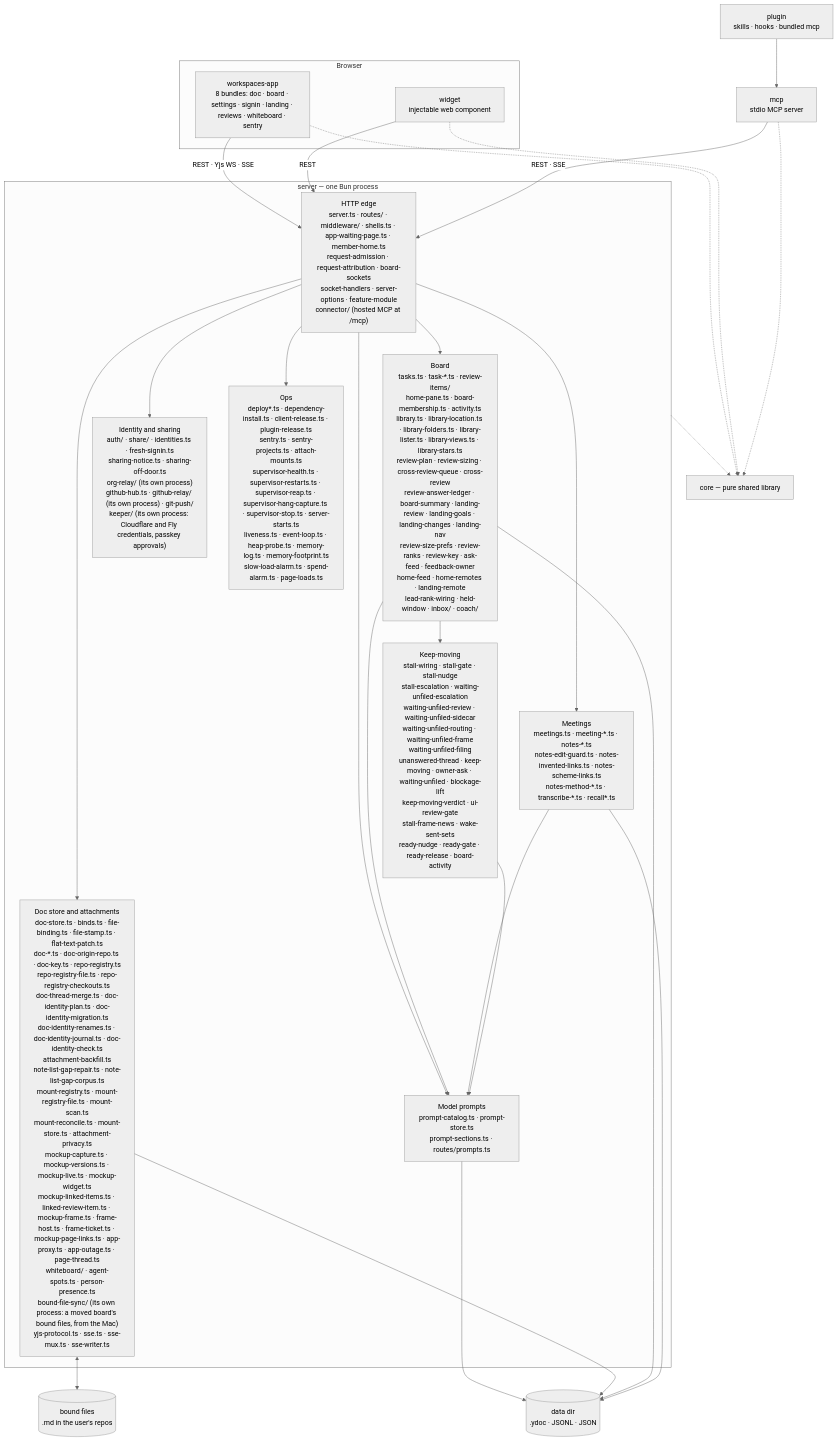
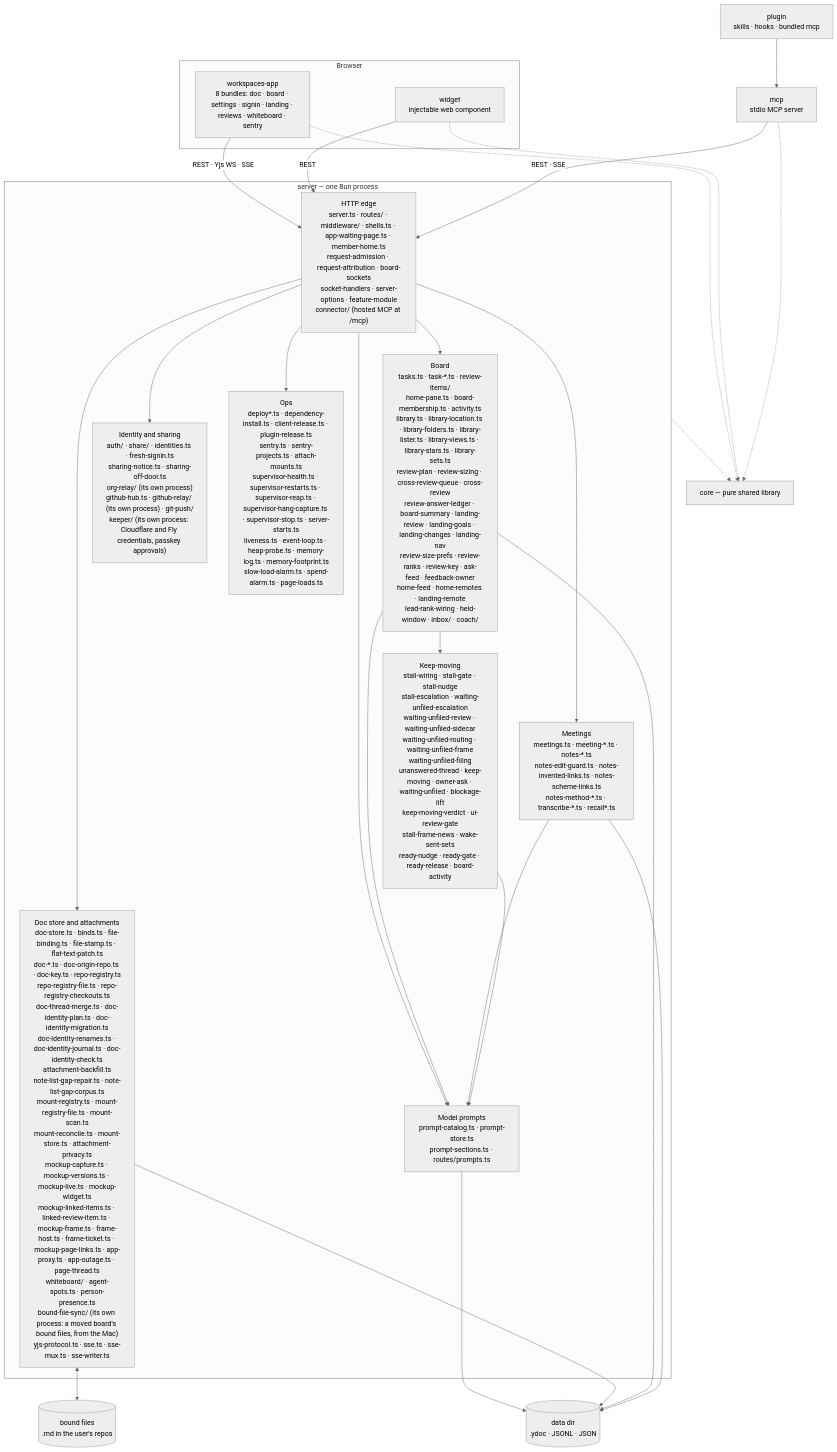
Before and after one commit to fryanpan/claude-workspaces-plugin: the first of 2 diagrams in docs/architecture/overview.md, drawn with Mermaid (neutral theme). The commit also changed other lines of this file and 16 other files, not shown here.

````diff
--- a/docs/architecture/overview.md
+++ b/docs/architecture/overview.md
@@ -45,35 +45,35 @@
 ```mermaid
 flowchart TB
   subgraph browser[Browser]
     app["workspaces-app<br/>8 bundles: doc · board · settings · signin · landing · reviews · whiteboard · sentry"]
     wid["widget<br/>injectable web component"]
   end
   plug["plugin<br/>skills · hooks · bundled mcp"]
   mcp["mcp<br/>stdio MCP server"]
   subgraph srv["server — one Bun process"]
     edge["HTTP edge<br/>server.ts · routes/ · middleware/ · shells.ts · app-waiting-page.ts · member-home.ts<br/>request-admission · request-attribution · board-sockets<br/>socket-handlers · server-options · feature-module<br/>connector/ (hosted MCP at /mcp)"]
     docs["Doc store and attachments<br/>doc-store.ts · binds.ts · file-binding.ts · file-stamp.ts · flat-text-patch.ts<br/>doc-*.ts · doc-origin-repo.ts · doc-key.ts · repo-registry.ts<br/>repo-registry-file.ts · repo-registry-checkouts.ts<br/>doc-thread-merge.ts · doc-identity-plan.ts · doc-identity-migration.ts<br/>doc-identity-renames.ts · doc-identity-journal.ts · doc-identity-check.ts<br/>attachment-backfill.ts<br/>note-list-gap-repair.ts · note-list-gap-corpus.ts<br/>mount-registry.ts · mount-registry-file.ts · mount-scan.ts<br/>mount-reconcile.ts · mount-store.ts · attachment-privacy.ts<br/>mockup-capture.ts · mockup-versions.ts · mockup-live.ts · mockup-widget.ts<br/>mockup-linked-items.ts · linked-review-item.ts · mockup-frame.ts · frame-host.ts · frame-ticket.ts · mockup-page-links.ts · app-proxy.ts · app-outage.ts · page-thread.ts<br/>whiteboard/ · agent-spots.ts · person-presence.ts<br/>bound-file-sync/ (its own process: a moved board's bound files, from the Mac)<br/>yjs-protocol.ts · sse.ts · sse-mux.ts · sse-writer.ts"]
-    board["Board<br/>tasks.ts · task-*.ts · review-items/<br/>home-pane.ts · board-membership.ts · activity.ts<br/>library.ts · library-location.ts · library-folders.ts · library-lister.ts · library-views.ts · library-stars.ts<br/>review-plan · review-sizing · cross-review-queue · cross-review<br/>review-answer-ledger · board-summary · landing-review · landing-goals · landing-changes · landing-nav<br/>review-size-prefs · review-ranks · review-key · ask-feed · feedback-owner<br/>home-feed · home-remotes · landing-remote<br/>lead-rank-wiring · held-window · inbox/ · coach/"]
+    board["Board<br/>tasks.ts · task-*.ts · review-items/<br/>home-pane.ts · board-membership.ts · activity.ts<br/>library.ts · library-location.ts · library-folders.ts · library-lister.ts · library-views.ts · library-stars.ts · library-sets.ts<br/>review-plan · review-sizing · cross-review-queue · cross-review<br/>review-answer-ledger · board-summary · landing-review · landing-goals · landing-changes · landing-nav<br/>review-size-prefs · review-ranks · review-key · ask-feed · feedback-owner<br/>home-feed · home-remotes · landing-remote<br/>lead-rank-wiring · held-window · inbox/ · coach/"]
     meet["Meetings<br/>meetings.ts · meeting-*.ts · notes-*.ts<br/>notes-edit-guard.ts · notes-invented-links.ts · notes-scheme-links.ts<br/>notes-method-*.ts · transcribe-*.ts · recall*.ts"]
     keep["Keep-moving<br/>stall-wiring · stall-gate · stall-nudge<br/>stall-escalation · waiting-unfiled-escalation<br/>waiting-unfiled-review · waiting-unfiled-sidecar<br/>waiting-unfiled-routing · waiting-unfiled-frame<br/>waiting-unfiled-filing<br/>unanswered-thread · keep-moving · owner-ask · waiting-unfiled · blockage-lift<br/>keep-moving-verdict · ui-review-gate<br/>stall-frame-news · wake-sent-sets<br/>ready-nudge · ready-gate · ready-release · board-activity"]
     ident["Identity and sharing<br/>auth/ · share/ · identities.ts · fresh-signin.ts<br/>sharing-notice.ts · sharing-off-door.ts<br/>org-relay/ (its own process)<br/>github-hub.ts · github-relay/ (its own process) · git-push/<br/>keeper/ (its own process: Cloudflare and Fly credentials, passkey approvals)"]
     prompts["Model prompts<br/>prompt-catalog.ts · prompt-store.ts<br/>prompt-sections.ts · routes/prompts.ts"]
     ops["Ops<br/>deploy*.ts · dependency-install.ts · client-release.ts · plugin-release.ts<br/>sentry.ts · sentry-projects.ts · attach-mounts.ts<br/>supervisor-health.ts · supervisor-restarts.ts · supervisor-reap.ts · supervisor-hang-capture.ts · supervisor-stop.ts · server-starts.ts<br/>liveness.ts · event-loop.ts · heap-probe.ts · memory-log.ts · memory-footprint.ts<br/>slow-load-alarm.ts · spend-alarm.ts · page-loads.ts"]
   end
   core["core — pure shared library"]
   disk[("data dir<br/>.ydoc · JSONL · JSON")]
   files[("bound files<br/>.md in the user's repos")]
 
   app -->|"REST · Yjs WS · SSE"| edge
   wid -->|REST| edge
   plug --> mcp
   mcp -->|"REST · SSE"| edge
   edge --> docs & board & meet & ident & ops & prompts
   board & meet & keep --> prompts
   prompts --> disk
   board --> keep
   docs <--> files
   docs & board & meet --> disk
   app & wid & mcp -.-> core
   srv -.-> core
 ```
````
